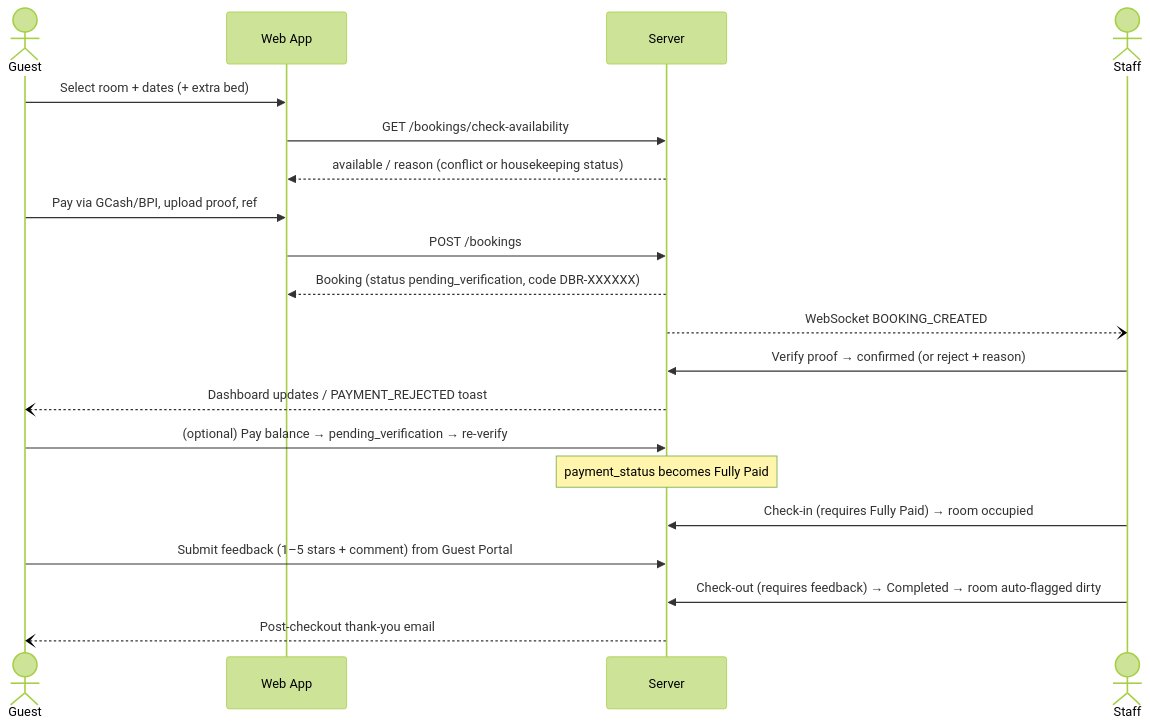
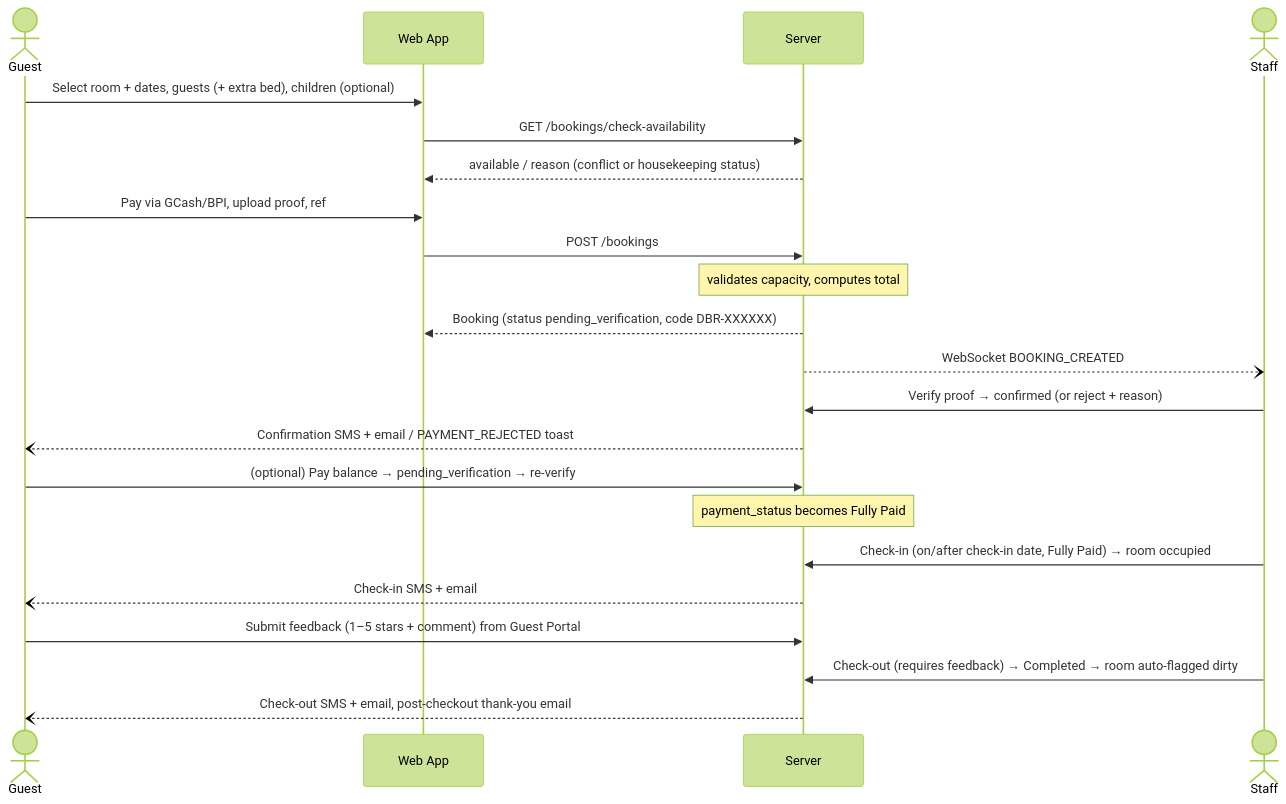
The second of 4 diagrams in docs/SYSTEM_OVERVIEW_AND_HANDOFF.md (Werdddd/da-bali-resort), drawn with Mermaid (forest theme) before and after one commit. The commit also changed other lines of this file and 5 other files, not shown here.

````diff
--- a/docs/SYSTEM_OVERVIEW_AND_HANDOFF.md
+++ b/docs/SYSTEM_OVERVIEW_AND_HANDOFF.md
@@ -317,22 +344,24 @@
 ```mermaid
 sequenceDiagram
   actor Guest
   participant Web as Web App
   participant API as Server
   actor Staff
-  Guest->>Web: Select room + dates (+ extra bed)
+  Guest->>Web: Select room + dates, guests (+ extra bed), children (optional)
   Web->>API: GET /bookings/check-availability
   API-->>Web: available / reason (conflict or housekeeping status)
   Guest->>Web: Pay via GCash/BPI, upload proof, ref #, amount
   Web->>API: POST /bookings
+  Note over API: validates capacity, computes total
   API-->>Web: Booking (status pending_verification, code DBR-XXXXXX)
   API--)Staff: WebSocket BOOKING_CREATED
   Staff->>API: Verify proof → confirmed  (or reject + reason)
-  API--)Guest: Dashboard updates / PAYMENT_REJECTED toast
+  API--)Guest: Confirmation SMS + email / PAYMENT_REJECTED toast
   Guest->>API: (optional) Pay balance → pending_verification → re-verify
   Note over API: payment_status becomes Fully Paid
-  Staff->>API: Check-in (requires Fully Paid) → room occupied
+  Staff->>API: Check-in (on/after check-in date, Fully Paid) → room occupied
+  API--)Guest: Check-in SMS + email
   Guest->>API: Submit feedback (1–5 stars + comment) from Guest Portal
   Staff->>API: Check-out (requires feedback) → Completed → room auto-flagged dirty
-  API--)Guest: Post-checkout thank-you email
+  API--)Guest: Check-out SMS + email, post-checkout thank-you email
 ```
````
